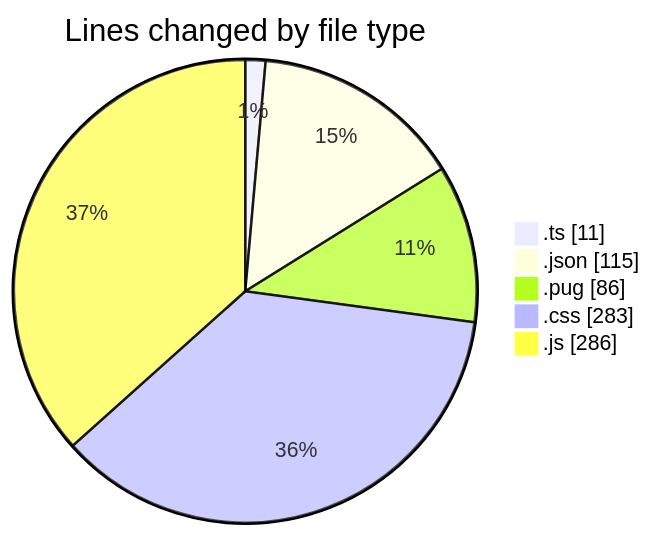
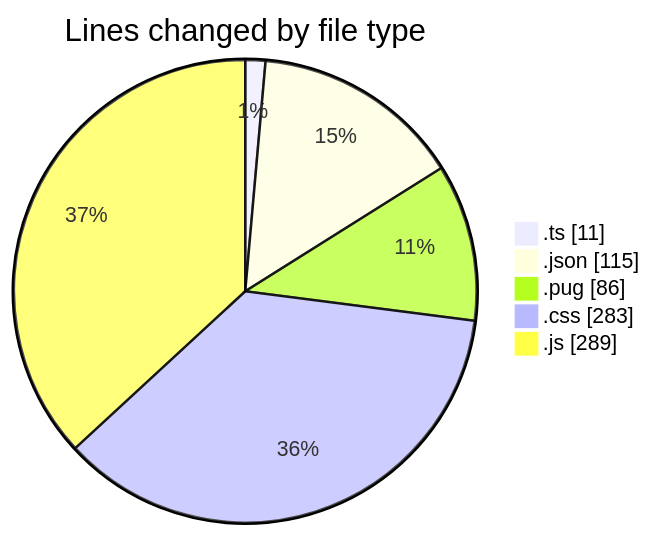
Before and after one commit to momahboobian/code-tracking: the first of 2 diagrams in 2025-02-24/cda/README.md, drawn with Mermaid. The commit also changed other lines of this file and 1 other file, not shown here.

````diff
--- a/2025-02-24/cda/README.md
+++ b/2025-02-24/cda/README.md
@@ -31,9 +31,9 @@
 ```mermaid
 pie showData
 title Lines changed by file type
 ".ts" : 11
 ".json" : 115
 ".pug" : 86
 ".css" : 283
-".js" : 286
+".js" : 289
 ```
````
